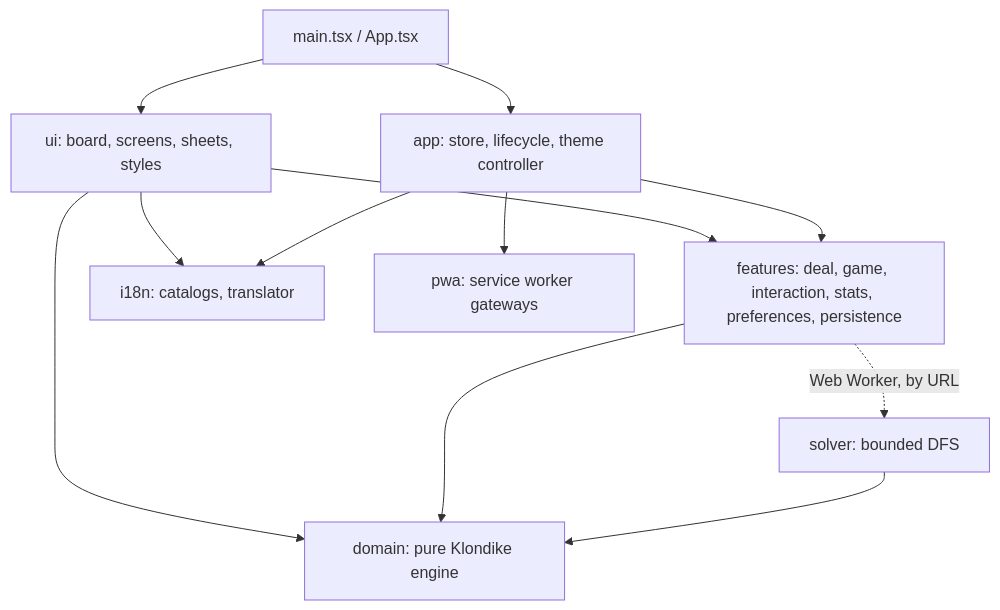
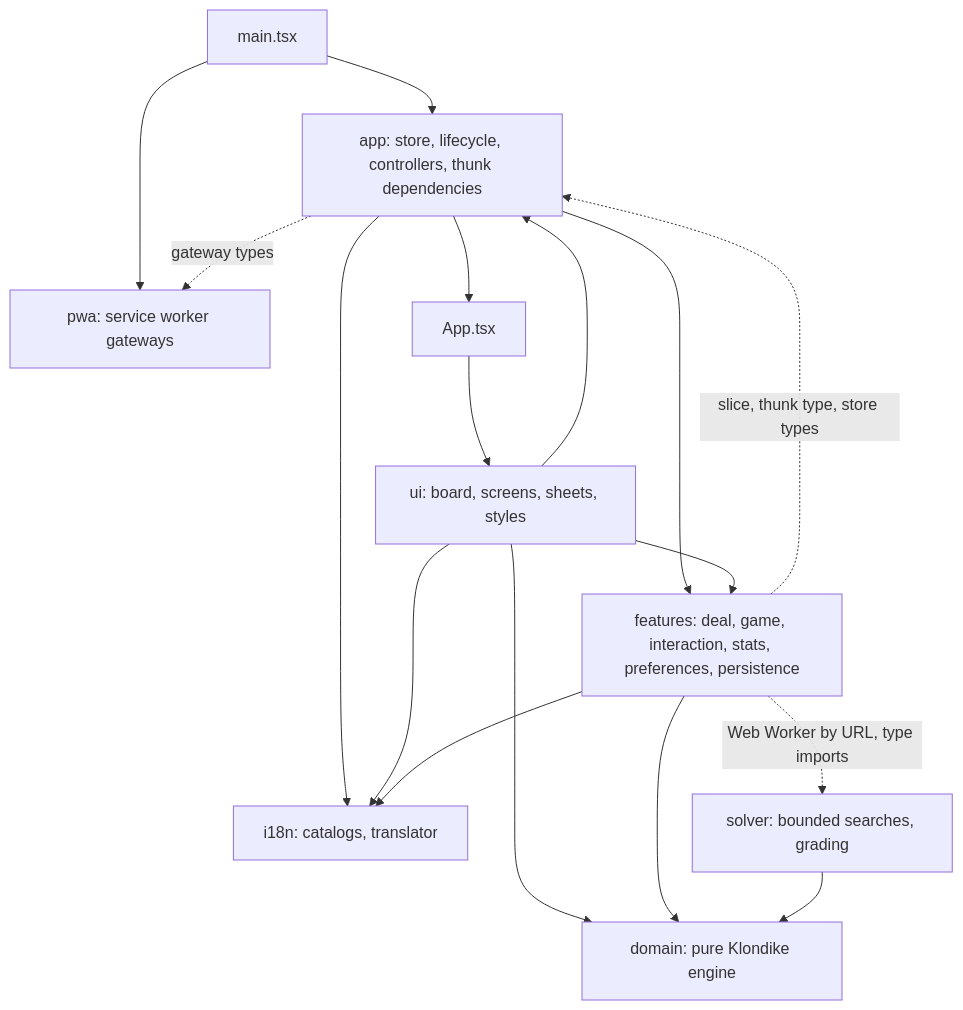
Before and after one commit to sanyokkua/solitaire: the diagram in docs/architecture/overview.md, drawn with Mermaid. The commit also changed other lines of this file and 422 other files, not shown here.

````diff
--- a/docs/architecture/overview.md
+++ b/docs/architecture/overview.md
@@ -8,17 +8,22 @@
 ```mermaid
 flowchart TD
-    main["main.tsx / App.tsx"] --> ui
-    main --> app
-    ui["ui: board, screens, sheets, styles"] --> features
+    main["main.tsx"] --> app
+    main --> pwa
+    appTsx["App.tsx"] --> ui
+    app["app: store, lifecycle, controllers, thunk dependencies"] --> appTsx
+    app --> features
+    app --> i18n
+    app -. "gateway types" .-> pwa
+    ui["ui: board, screens, sheets, styles"] --> app
+    ui --> features
     ui --> i18n
     ui --> domain
-    app["app: store, lifecycle, theme controller"] --> features
-    app --> pwa
-    app --> i18n
     features["features: deal, game, interaction, stats, preferences, persistence"] --> domain
-    features -. "Web Worker, by URL" .-> solver
-    solver["solver: bounded DFS"] --> domain
+    features -. "slice, thunk type, store types" .-> app
+    features --> i18n
+    features -. "Web Worker by URL, type imports" .-> solver
+    solver["solver: bounded searches, grading"] --> domain
     domain["domain: pure Klondike engine"]
     i18n["i18n: catalogs, translator"]
     pwa["pwa: service worker gateways"]
 ```
````
